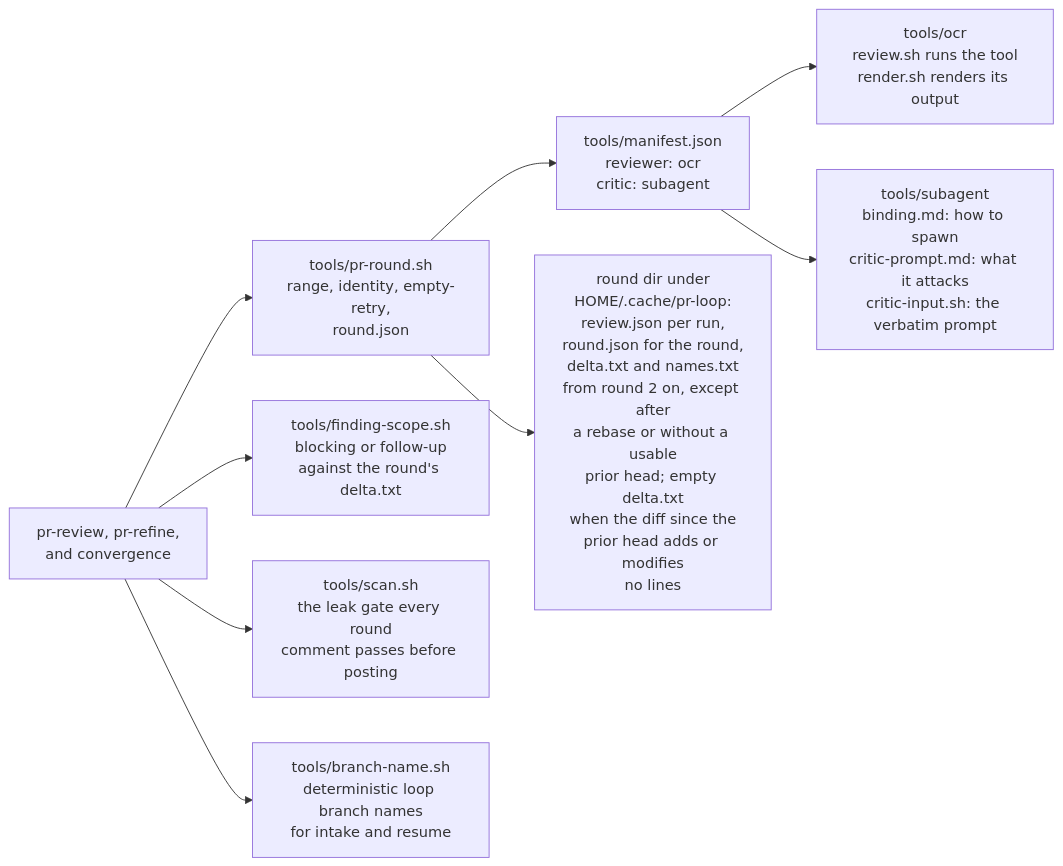
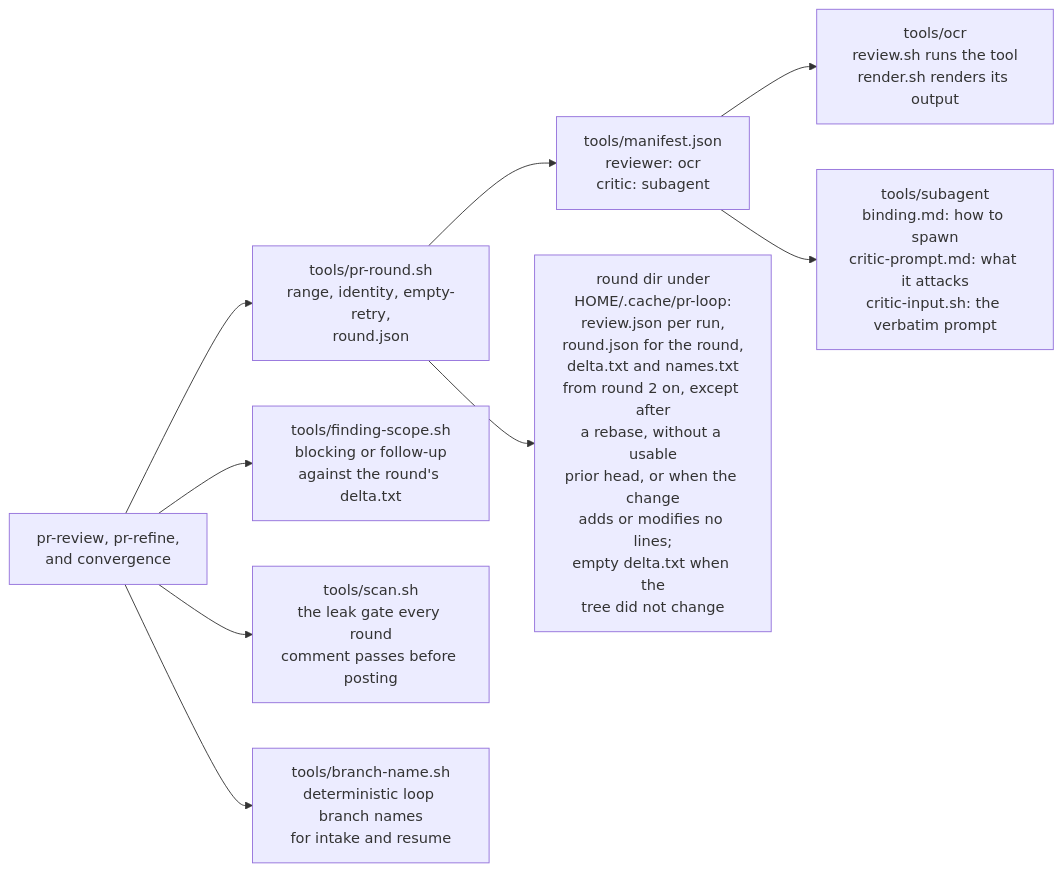
The second of 2 diagrams in dot_claude/skills/issue-to-pr/flow.md (ryankanno/dotfiles), drawn with Mermaid before and after one commit. The commit also changed 3 other files, not shown here.

First line of the commit message:
fix(claude): review a deletion-only refine as a moved head, every finding new (#64)

````diff
--- a/dot_claude/skills/issue-to-pr/flow.md
+++ b/dot_claude/skills/issue-to-pr/flow.md
@@ -82,11 +82,11 @@
 ```mermaid
 flowchart LR
     S["pr-review, pr-refine,<br/>and convergence"] --> P["tools/pr-round.sh<br/>range, identity, empty-retry,<br/>round.json"]
     P --> M["tools/manifest.json<br/>reviewer: ocr<br/>critic: subagent"]
     S --> FS["tools/finding-scope.sh<br/>blocking or follow-up<br/>against the round's delta.txt"]
     M --> R["tools/ocr<br/>review.sh runs the tool<br/>render.sh renders its output"]
     M --> C["tools/subagent<br/>binding.md: how to spawn<br/>critic-prompt.md: what it attacks<br/>critic-input.sh: the verbatim prompt"]
-    P --> O["round dir under<br/>HOME/.cache/pr-loop:<br/>review.json per run,<br/>round.json for the round,<br/>delta.txt and names.txt<br/>from round 2 on, except after<br/>a rebase or without a usable<br/>prior head; empty delta.txt<br/>when the diff since the<br/>prior head adds or modifies<br/>no lines"]
+    P --> O["round dir under<br/>HOME/.cache/pr-loop:<br/>review.json per run,<br/>round.json for the round,<br/>delta.txt and names.txt<br/>from round 2 on, except after<br/>a rebase, without a usable<br/>prior head, or when the change<br/>adds or modifies no lines;<br/>empty delta.txt when the<br/>tree did not change"]
     S --> SC["tools/scan.sh<br/>the leak gate every round<br/>comment passes before posting"]
     S --> BN["tools/branch-name.sh<br/>deterministic loop branch names<br/>for intake and resume"]
 ```
````
